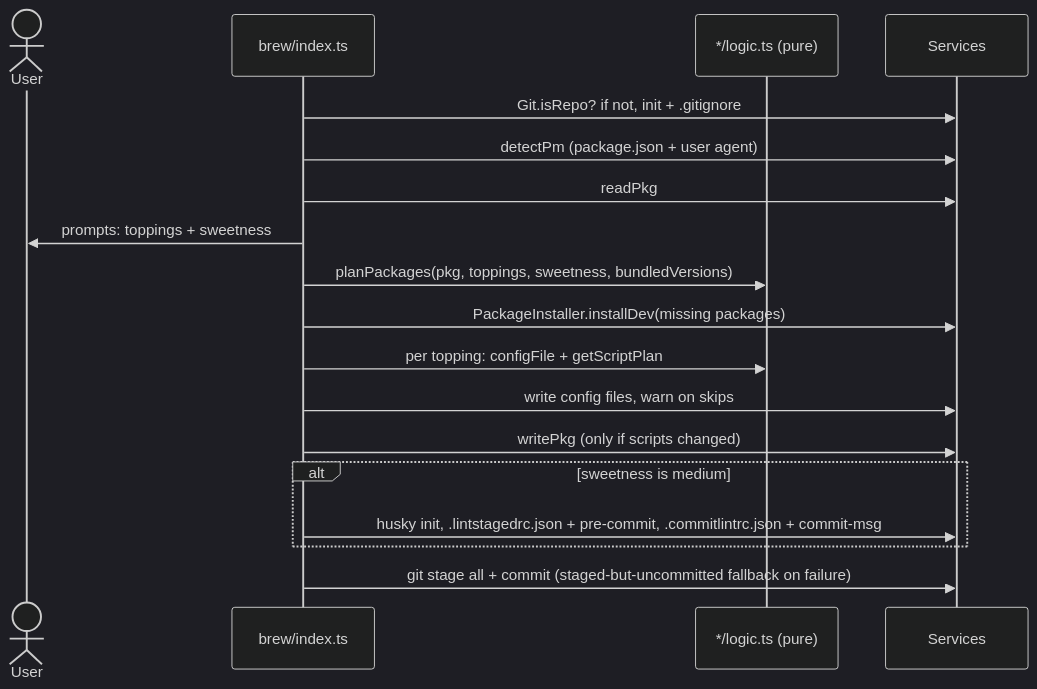
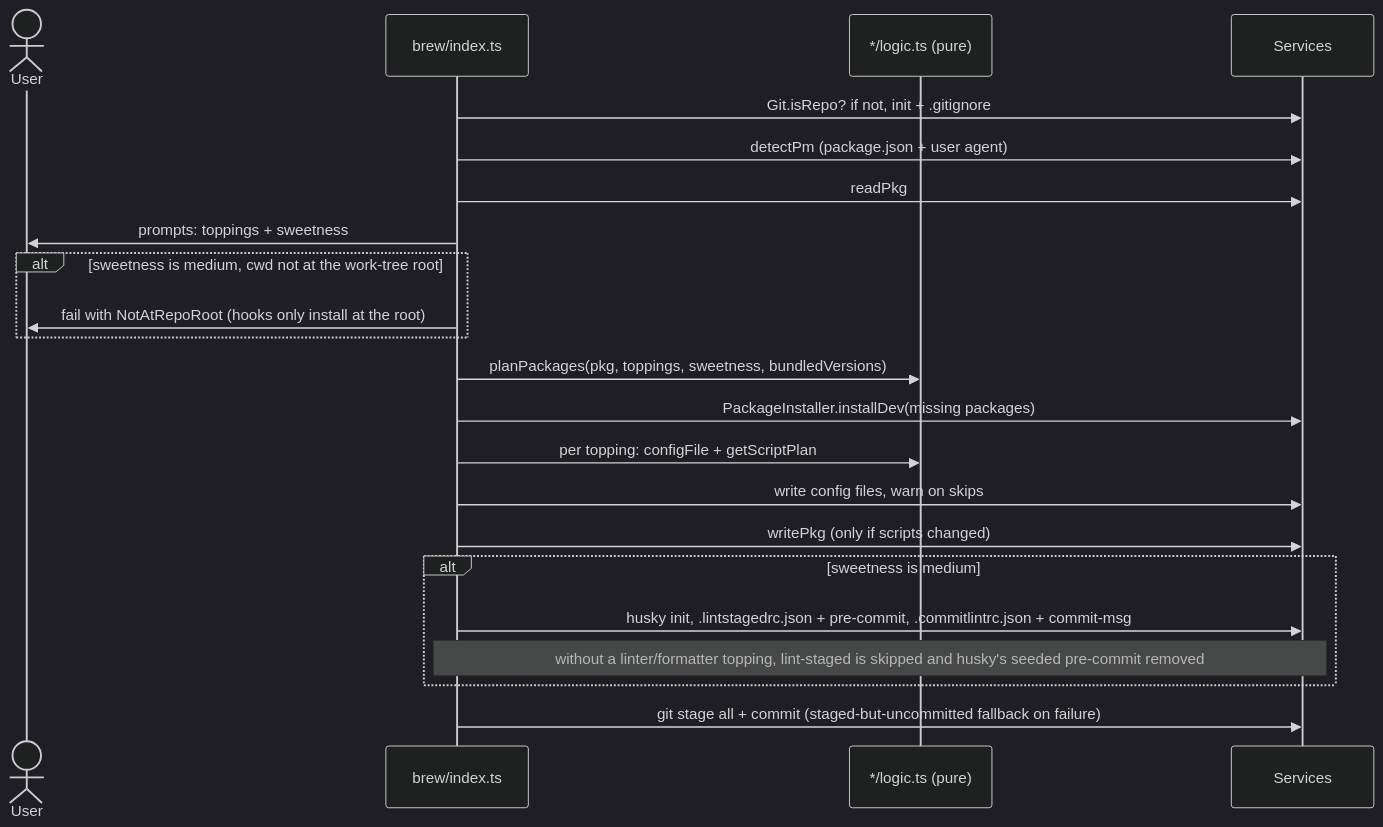
The third of 3 diagrams in packages/cli/ARCHITECTURE.md (peeranat-dan/chanom), drawn with Mermaid (dark theme) before and after one commit. The commit also changed 12 other files, not shown here.

Commit message:
fix(cli): make brew set up husky correctly in pnpm workspaces (#30)

````diff
--- a/packages/cli/ARCHITECTURE.md
+++ b/packages/cli/ARCHITECTURE.md
@@ -136,21 +136,25 @@
 ```mermaid
 sequenceDiagram
     actor User
     participant Brew as brew/index.ts
     participant Logic as */logic.ts (pure)
     participant Svc as Services
 
     Brew->>Svc: Git.isRepo? if not, init + .gitignore
     Brew->>Svc: detectPm (package.json + user agent)
     Brew->>Svc: readPkg
     Brew->>User: prompts: toppings + sweetness
+    alt sweetness is medium, cwd not at the work-tree root
+        Brew->>User: fail with NotAtRepoRoot (hooks only install at the root)
+    end
     Brew->>Logic: planPackages(pkg, toppings, sweetness, bundledVersions)
     Brew->>Svc: PackageInstaller.installDev(missing packages)
     Brew->>Logic: per topping: configFile + getScriptPlan
     Brew->>Svc: write config files, warn on skips
     Brew->>Svc: writePkg (only if scripts changed)
     alt sweetness is medium
         Brew->>Svc: husky init, .lintstagedrc.json + pre-commit, .commitlintrc.json + commit-msg
+        Note over Brew,Svc: without a linter/formatter topping, lint-staged is skipped and husky's seeded pre-commit removed
     end
     Brew->>Svc: git stage all + commit (staged-but-uncommitted fallback on failure)
 ```
````
